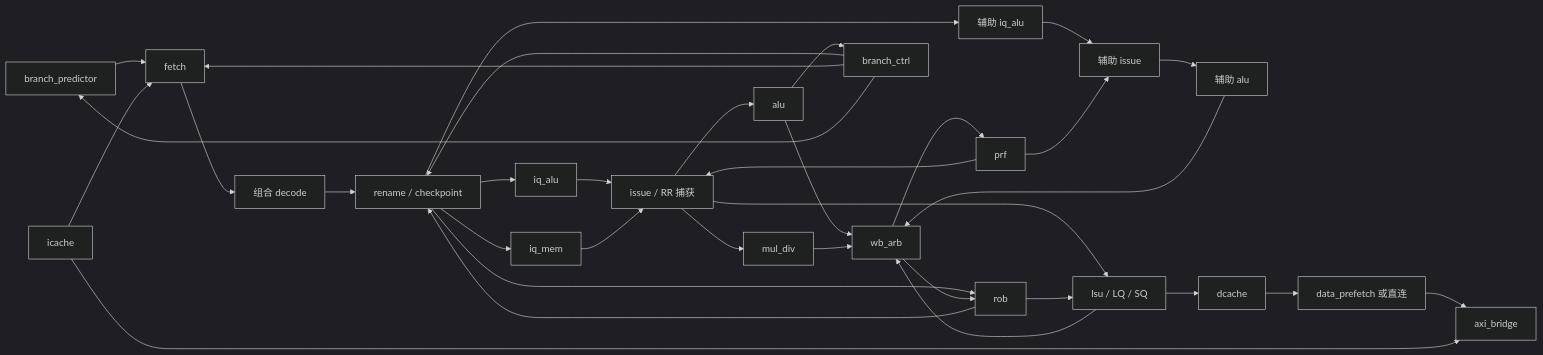
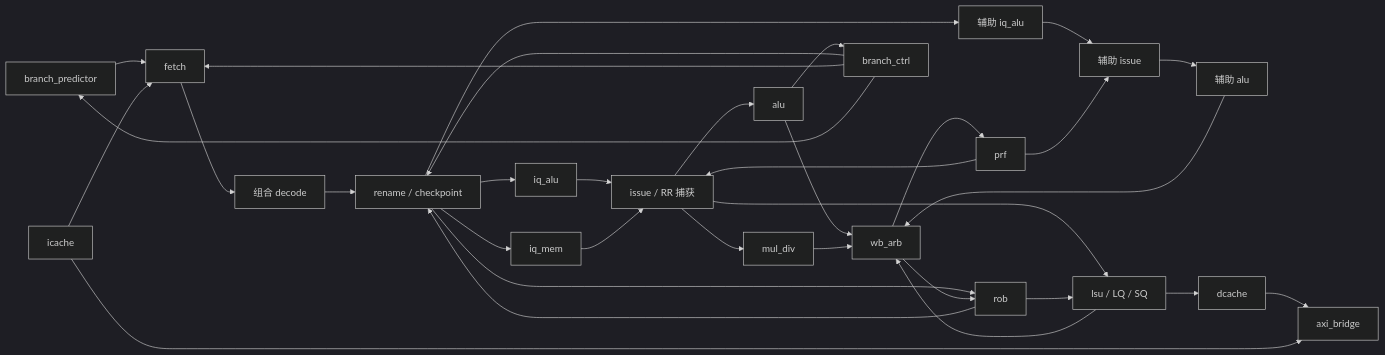
One commit to tianhangj/RISC-V-CPU-2026 changed the diagram in interfaces.md. Above: the diagram before and after it, drawn with Mermaid (dark theme). The commit also changed other lines of this file and 26 other files, not shown here.

````diff
--- a/interfaces.md
+++ b/interfaces.md
@@ -68,36 +82,35 @@
 ```mermaid
 flowchart LR
     BP[branch_predictor] --> F[fetch]
     IC[icache] --> F
     F --> D[组合 decode]
     D --> RN[rename / checkpoint]
     RN --> AQ[iq_alu]
     RN --> A2Q[辅助 iq_alu]
     RN --> MQ[iq_mem]
     RN --> ROB[rob]
     AQ --> IS[issue / RR 捕获]
     MQ --> IS
     A2Q --> I2[辅助 issue]
     PRF[prf] --> IS
     PRF --> I2
     IS --> ALU[alu]
     I2 --> A2[辅助 alu]
     IS --> MUL[mul_div]
     IS --> LSU[lsu / LQ / SQ]
     ALU --> WB[wb_arb]
     A2 --> WB
     MUL --> WB
     LSU --> WB
     WB --> PRF
     WB --> ROB
     ROB --> RN
     ROB --> LSU
     ALU --> BC[branch_ctrl]
     BC --> RN
     BC --> F
     BC --> BP
     LSU --> DC[dcache]
-    DC --> PF[data_prefetch 或直连]
-    PF --> AXI[axi_bridge]
+    DC --> AXI[axi_bridge]
     IC --> AXI
 ```
````
